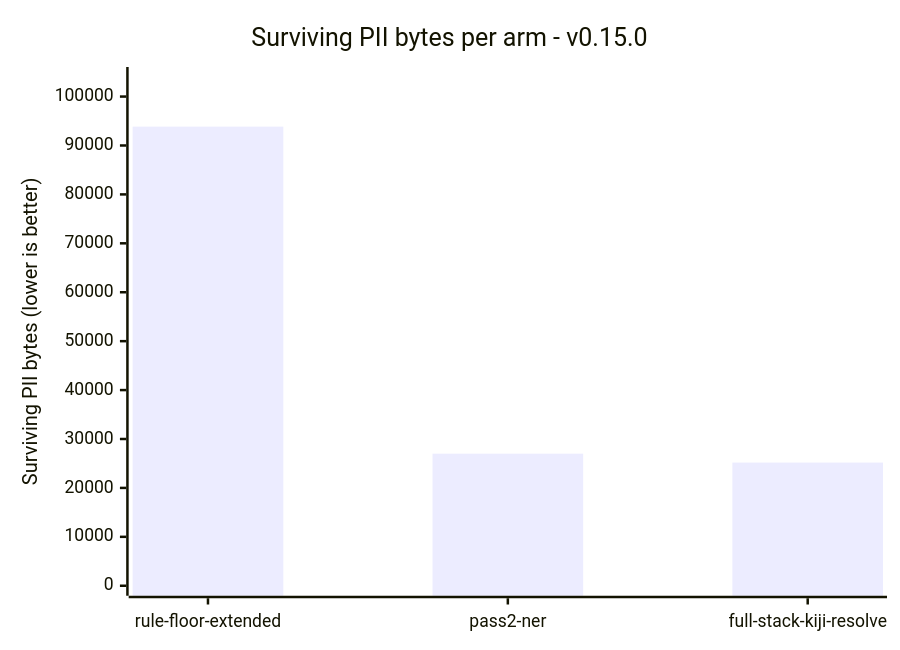
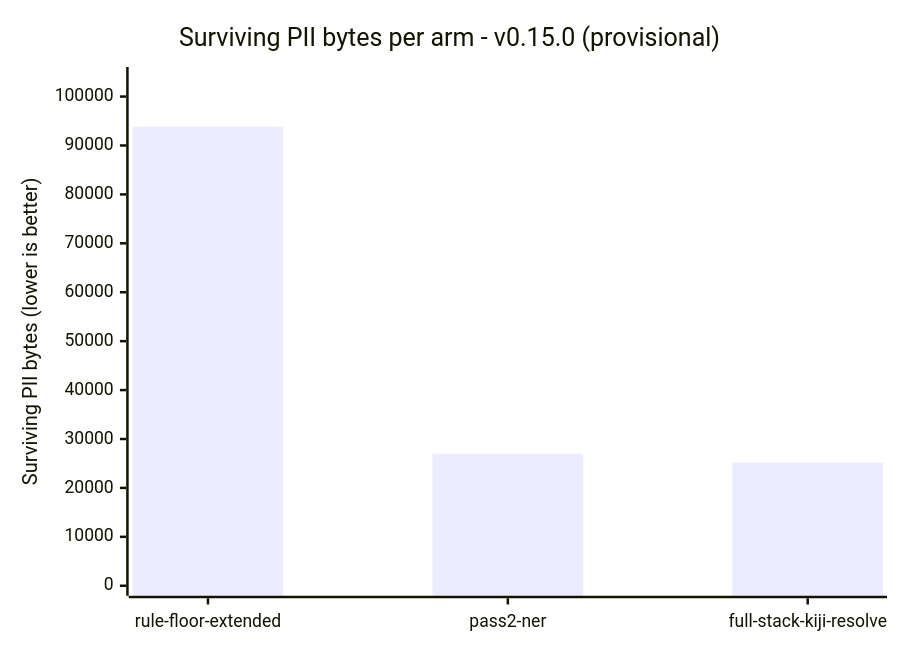
Before and after one commit to CertaMesh/gaze: the first of 2 diagrams in docs/reference/benchmarks/README.md, drawn with Mermaid. The commit also changed other lines of this file and 3 other files, not shown here.

Commit message:
Preserve provisional benchmark status in charts and correct migration path

````diff
--- a/docs/reference/benchmarks/README.md
+++ b/docs/reference/benchmarks/README.md
@@ -243,7 +246,7 @@
 ```mermaid
 xychart-beta
-    title "Surviving PII bytes per arm - v0.15.0"
+    title "Surviving PII bytes per arm - v0.15.0 (provisional)"
     x-axis ["rule-floor-extended", "pass2-ner", "full-stack-kiji-resolve"]
     y-axis "Surviving PII bytes (lower is better)" 0 --> 104000
     bar [93850, 27000, 25179]
 ```
````
